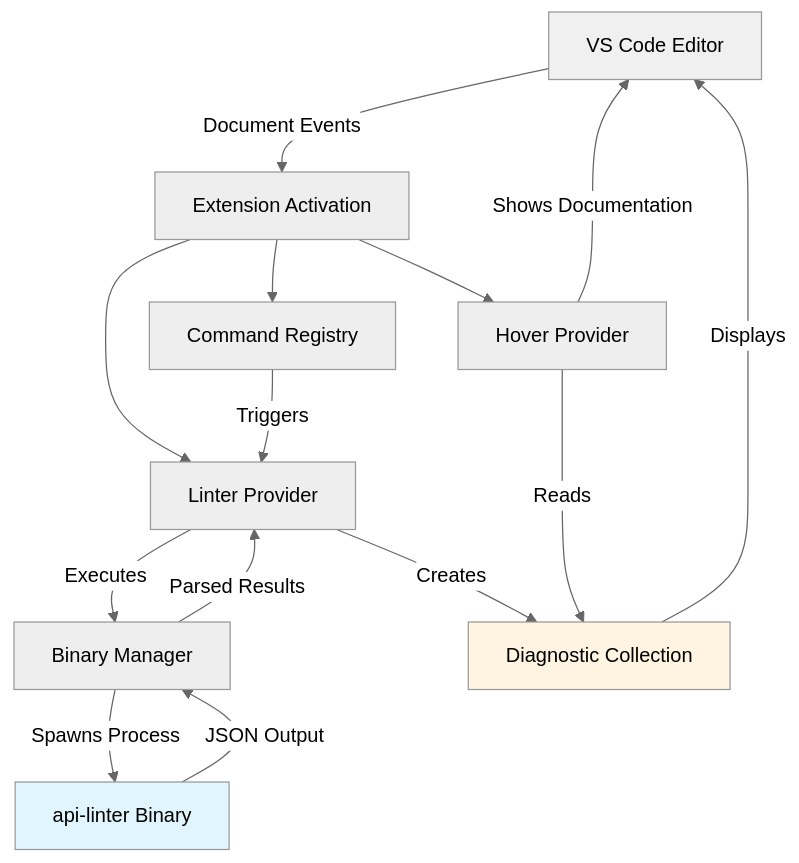
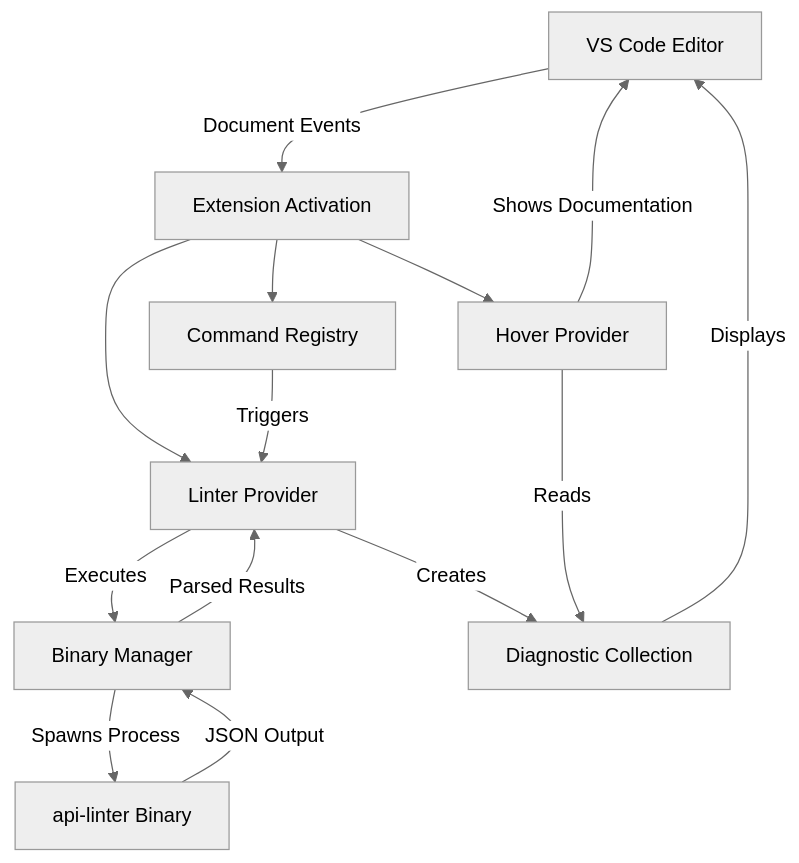
The first of 2 diagrams in README.md (machanirobotics/google-api-linter-vscode), drawn with Mermaid (neutral theme) before and after one commit.

````diff
--- a/README.md
+++ b/README.md
@@ -18,24 +18,21 @@
 ```mermaid
 graph TB
     A[VS Code Editor] -->|Document Events| B[Extension Activation]
     B --> C[Linter Provider]
     B --> D[Hover Provider]
     B --> E[Command Registry]
     
     C -->|Executes| F[Binary Manager]
     F -->|Spawns Process| G[api-linter Binary]
     G -->|JSON Output| F
     F -->|Parsed Results| C
     
     C -->|Creates| H[Diagnostic Collection]
     H -->|Displays| A
     
     D -->|Reads| H
     D -->|Shows Documentation| A
     
     E -->|Triggers| C
-    
-    style G fill:#e1f5ff
-    style H fill:#fff4e1
-    style A fill:#f0f0f0
+   
 ```
````
